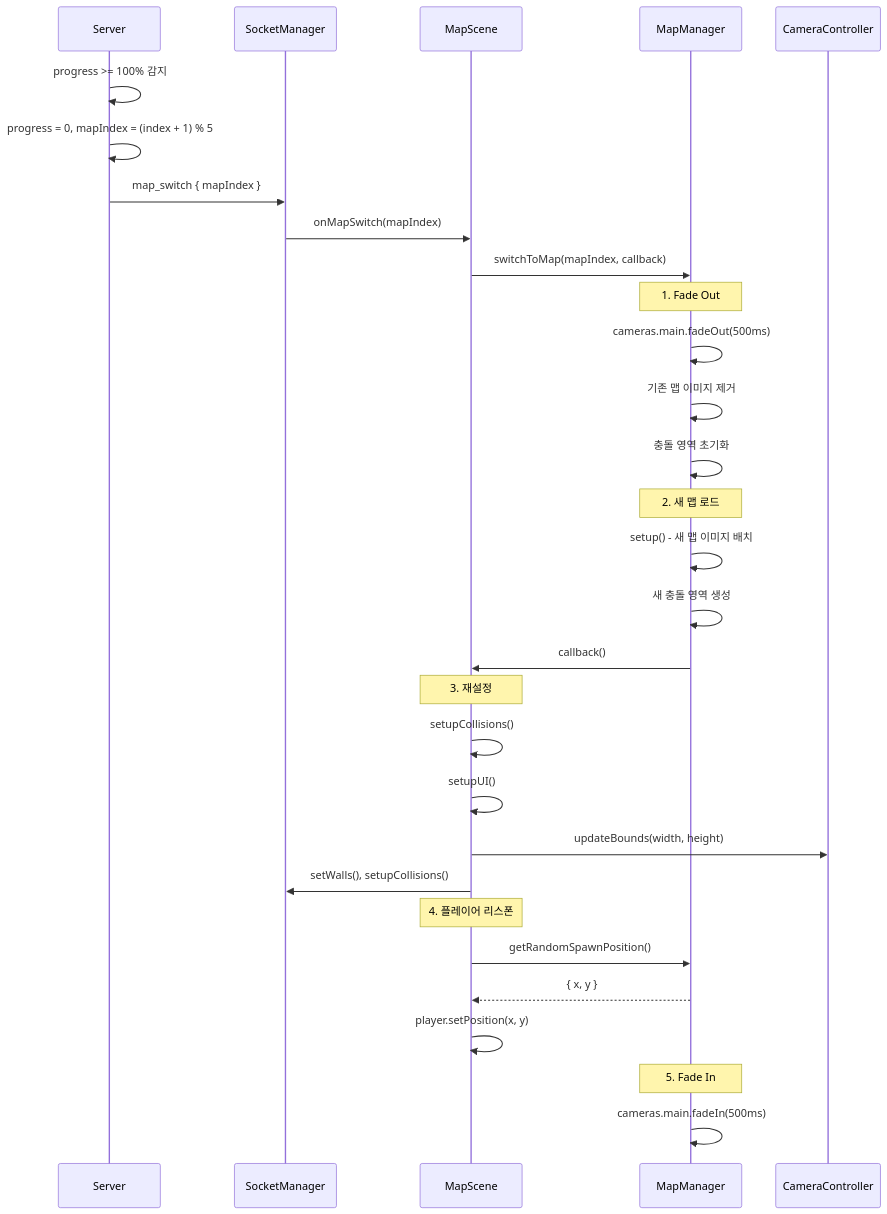
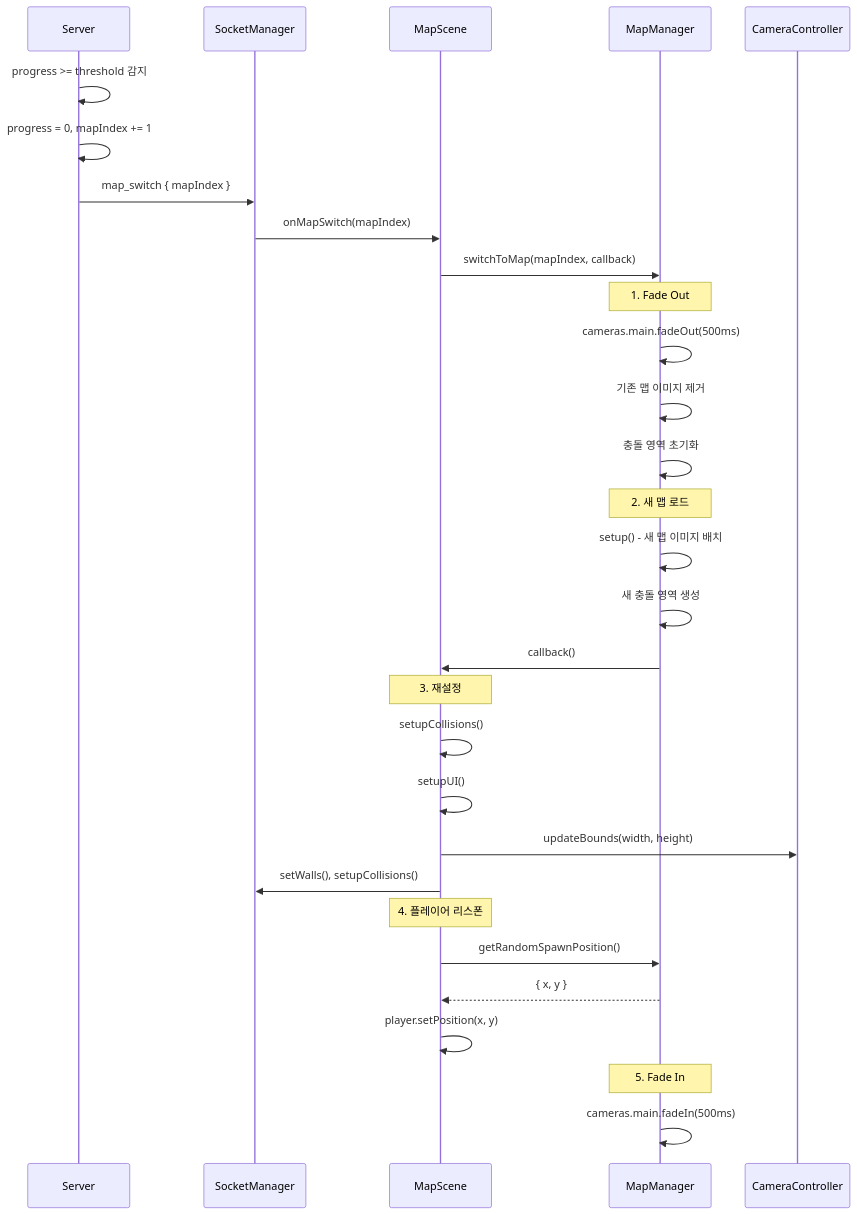
One commit to boostcampwm2025/web19-estrogenquattro changed the fourth of 4 diagrams in docs/architecture/GAME_ENGINE.md. Above: the diagram before and after it, drawn with Mermaid. The commit also changed other lines of this file and 1 other file, not shown here.

````diff
--- a/docs/architecture/GAME_ENGINE.md
+++ b/docs/architecture/GAME_ENGINE.md
@@ -281,41 +293,41 @@
 ```mermaid
 sequenceDiagram
     participant SV as Server
     participant SM as SocketManager
     participant S as MapScene
     participant MM as MapManager
     participant CC as CameraController
 
-    SV->>SV: progress >= 100% 감지
-    SV->>SV: progress = 0, mapIndex = (index + 1) % 5
+    SV->>SV: progress >= threshold 감지
+    SV->>SV: progress = 0, mapIndex += 1
     SV->>SM: map_switch { mapIndex }
 
     SM->>S: onMapSwitch(mapIndex)
     S->>MM: switchToMap(mapIndex, callback)
 
     Note over MM: 1. Fade Out
     MM->>MM: cameras.main.fadeOut(500ms)
 
     MM->>MM: 기존 맵 이미지 제거
     MM->>MM: 충돌 영역 초기화
 
     Note over MM: 2. 새 맵 로드
     MM->>MM: setup() - 새 맵 이미지 배치
     MM->>MM: 새 충돌 영역 생성
 
     MM->>S: callback()
 
     Note over S: 3. 재설정
     S->>S: setupCollisions()
     S->>S: setupUI()
     S->>CC: updateBounds(width, height)
     S->>SM: setWalls(), setupCollisions()
 
     Note over S: 4. 플레이어 리스폰
     S->>MM: getRandomSpawnPosition()
     MM-->>S: { x, y }
     S->>S: player.setPosition(x, y)
 
     Note over MM: 5. Fade In
     MM->>MM: cameras.main.fadeIn(500ms)
 ```
````
